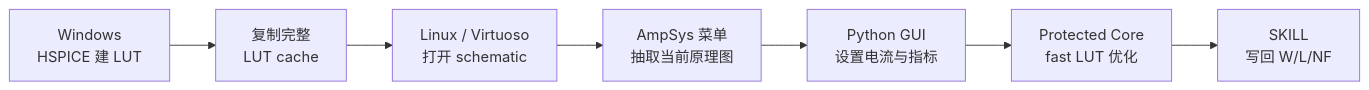
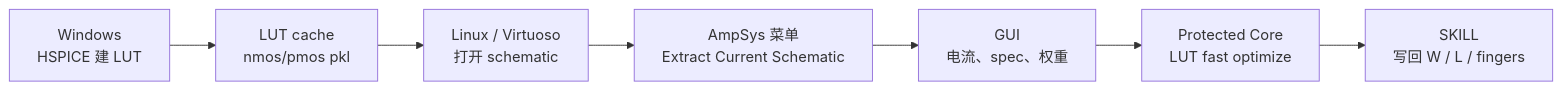
One commit to KonataLin/AmpSysCadencePlugin changed the diagram in README.md. Above: the diagram before and after it, drawn with Mermaid. The commit also changed other lines of this file and 8 other files, not shown here.

````diff
--- a/README.md
+++ b/README.md
@@ -28,9 +38,9 @@
 ```mermaid
 flowchart LR
-  A["Windows<br/>HSPICE 建 LUT"] --> B["复制完整<br/>LUT cache"]
+  A["Windows<br/>HSPICE 建 LUT"] --> B["LUT cache<br/>nmos/pmos pkl"]
   B --> C["Linux / Virtuoso<br/>打开 schematic"]
-  C --> D["AmpSys 菜单<br/>抽取当前原理图"]
-  D --> E["Python GUI<br/>设置电流与指标"]
-  E --> F["Protected Core<br/>fast LUT 优化"]
-  F --> G["SKILL<br/>写回 W/L/NF"]
+  C --> D["AmpSys 菜单<br/>Extract Current Schematic"]
+  D --> E["GUI<br/>电流、spec、权重"]
+  E --> F["Protected Core<br/>LUT fast optimize"]
+  F --> G["SKILL<br/>写回 W / L / fingers"]
 ```
````
